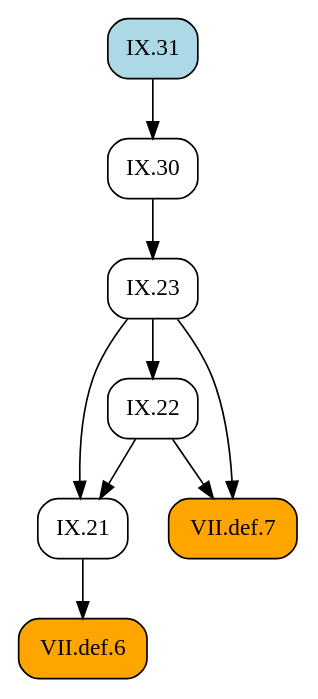
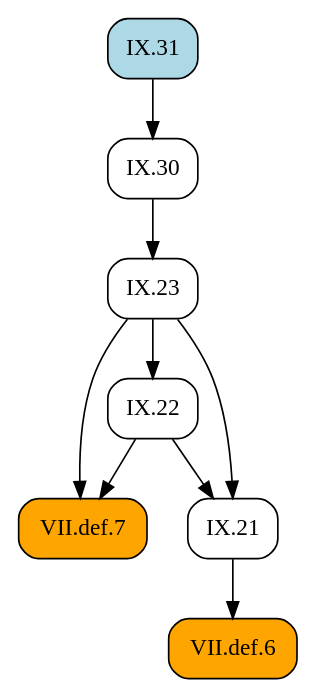
One commit to geometor/elements changed the diagram in docsrc/heath/IX/31/index.rst. Above: the diagram before and after it, drawn with Graphviz. The commit also changed other lines of this file and 484 other files, not shown here.

```diff
--- a/docsrc/heath/IX/31/index.rst
+++ b/docsrc/heath/IX/31/index.rst
@@ -40,21 +40,21 @@
 .. graphviz::
 
    digraph {
      rankdir="TB";
      node [shape=box, style=rounded];
+     "VII.def.6" [style="rounded,filled", fillcolor=orange, URL="/heath/VII/def.6/", target="_top"];
+     "IX.30" [URL="/heath/IX/30/", target="_top"];
+     "IX.22" [URL="/heath/IX/22/", target="_top"];
+     "IX.23" [URL="/heath/IX/23/", target="_top"];
+     "VII.def.7" [style="rounded,filled", fillcolor=orange, URL="/heath/VII/def.7/", target="_top"];
      "IX.21" [URL="/heath/IX/21/", target="_top"];
-     "IX.23" [URL="/heath/IX/23/", target="_top"];
-     "VII.def.6" [style="rounded,filled", fillcolor=orange, URL="/heath/VII/def.6/", target="_top"];
      "IX.31" [style="rounded,filled", fillcolor=lightblue, URL="/heath/IX/31/", target="_top"];
-     "IX.22" [URL="/heath/IX/22/", target="_top"];
-     "IX.30" [URL="/heath/IX/30/", target="_top"];
-     "VII.def.7" [style="rounded,filled", fillcolor=orange, URL="/heath/VII/def.7/", target="_top"];
+     "IX.21" -> "VII.def.6";
+     "IX.31" -> "IX.30";
+     "IX.23" -> "IX.22";
+     "IX.30" -> "IX.23";
+     "IX.22" -> "VII.def.7";
+     "IX.23" -> "VII.def.7";
      "IX.22" -> "IX.21";
      "IX.23" -> "IX.21";
-     "IX.30" -> "IX.23";
-     "IX.21" -> "VII.def.6";
-     "IX.23" -> "IX.22";
-     "IX.31" -> "IX.30";
-     "IX.22" -> "VII.def.7";
-     "IX.23" -> "VII.def.7";
    }
```
